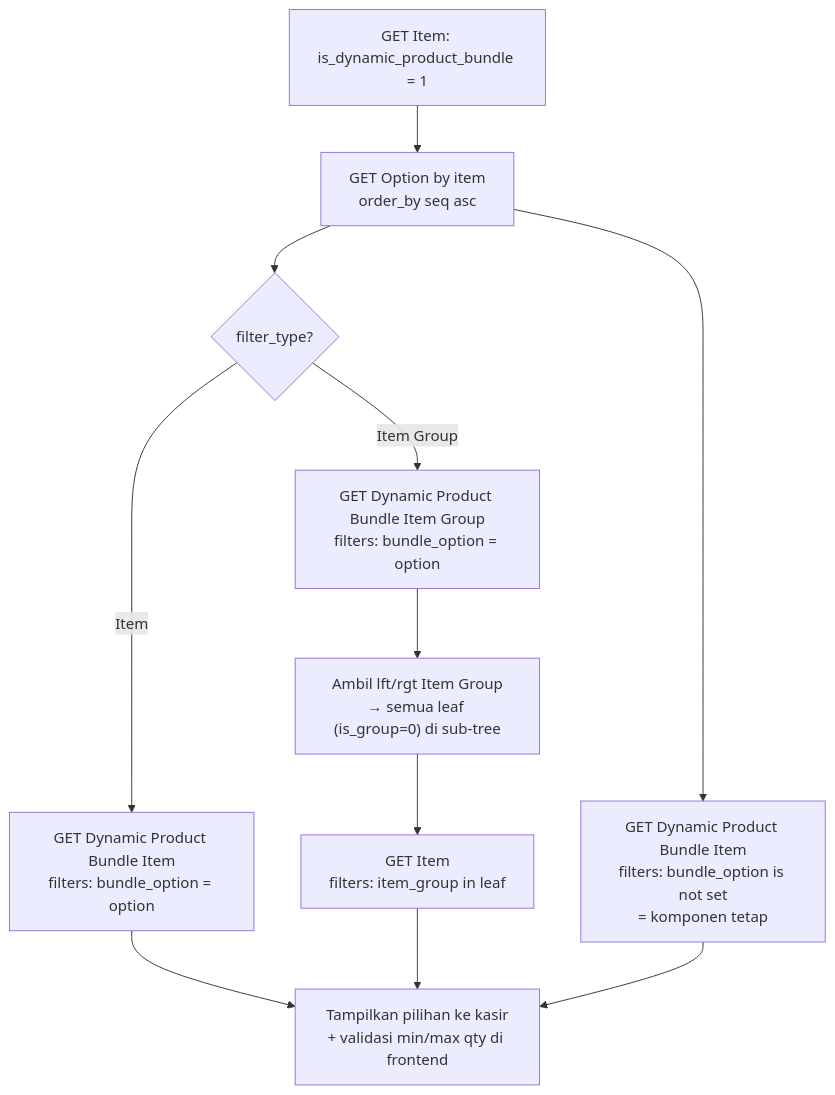
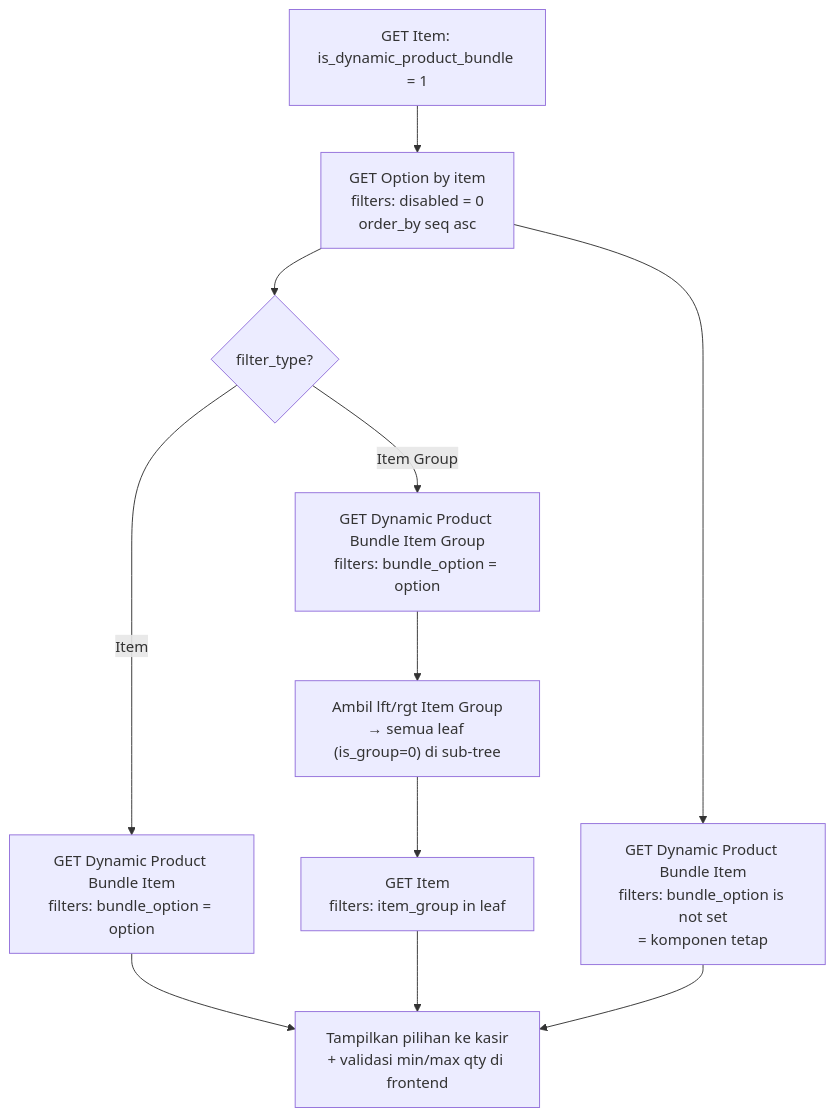
One commit to autopilotstore/erp-backend-docs changed the diagram in prd/backend/product/prd_item_dynamic_product_bundle.md. Above: the diagram before and after it, drawn with Mermaid. The commit also changed other lines of this file and 2 other files, not shown here.

````diff
--- a/prd/backend/product/prd_item_dynamic_product_bundle.md
+++ b/prd/backend/product/prd_item_dynamic_product_bundle.md
@@ -821,13 +908,13 @@
 ```mermaid
 flowchart TD
-    A["GET Item: is_dynamic_product_bundle = 1"] --> B["GET Option by item<br/>order_by seq asc"]
+    A["GET Item: is_dynamic_product_bundle = 1"] --> B["GET Option by item<br/>filters: disabled = 0<br/>order_by seq asc"]
     B --> C{"filter_type?"}
     C -->|Item| D["GET Dynamic Product Bundle Item<br/>filters: bundle_option = option"]
     C -->|Item Group| E["GET Dynamic Product Bundle Item Group<br/>filters: bundle_option = option"]
     E --> F["Ambil lft/rgt Item Group<br/>→ semua leaf (is_group=0) di sub-tree"]
     F --> G["GET Item<br/>filters: item_group in leaf"]
     B --> H["GET Dynamic Product Bundle Item<br/>filters: bundle_option is not set<br/>= komponen tetap"]
     D --> I["Tampilkan pilihan ke kasir<br/>+ validasi min/max qty di frontend"]
     G --> I
     H --> I
 ```
````
